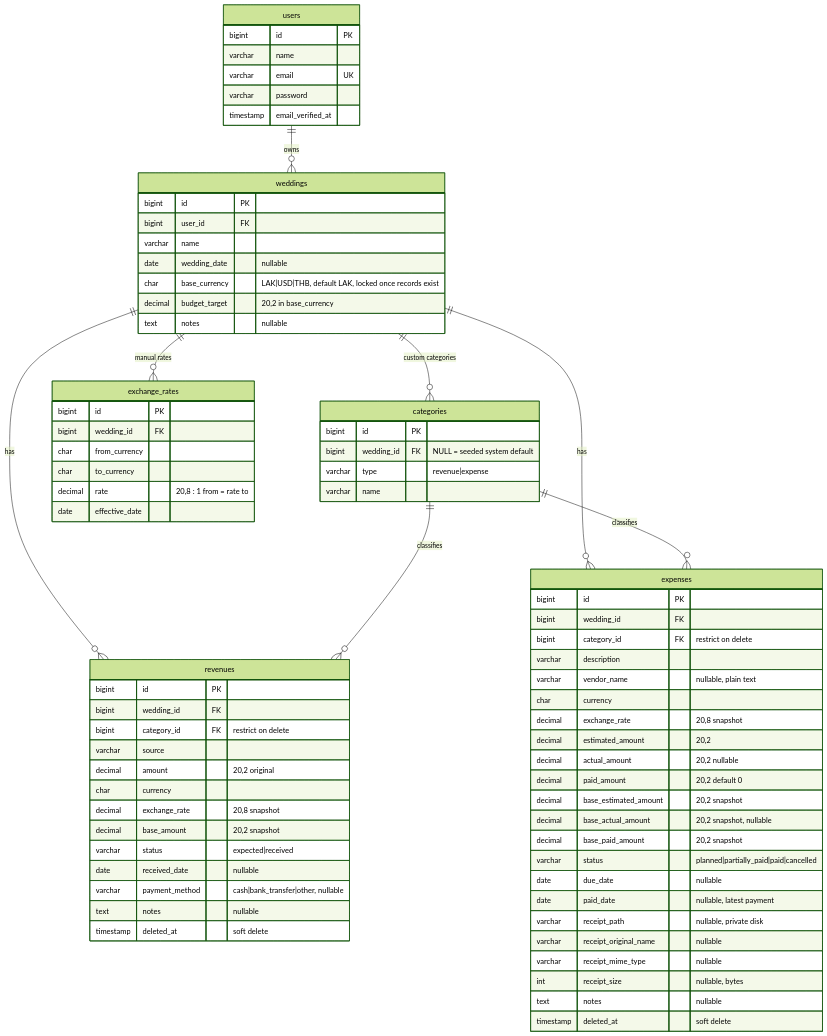
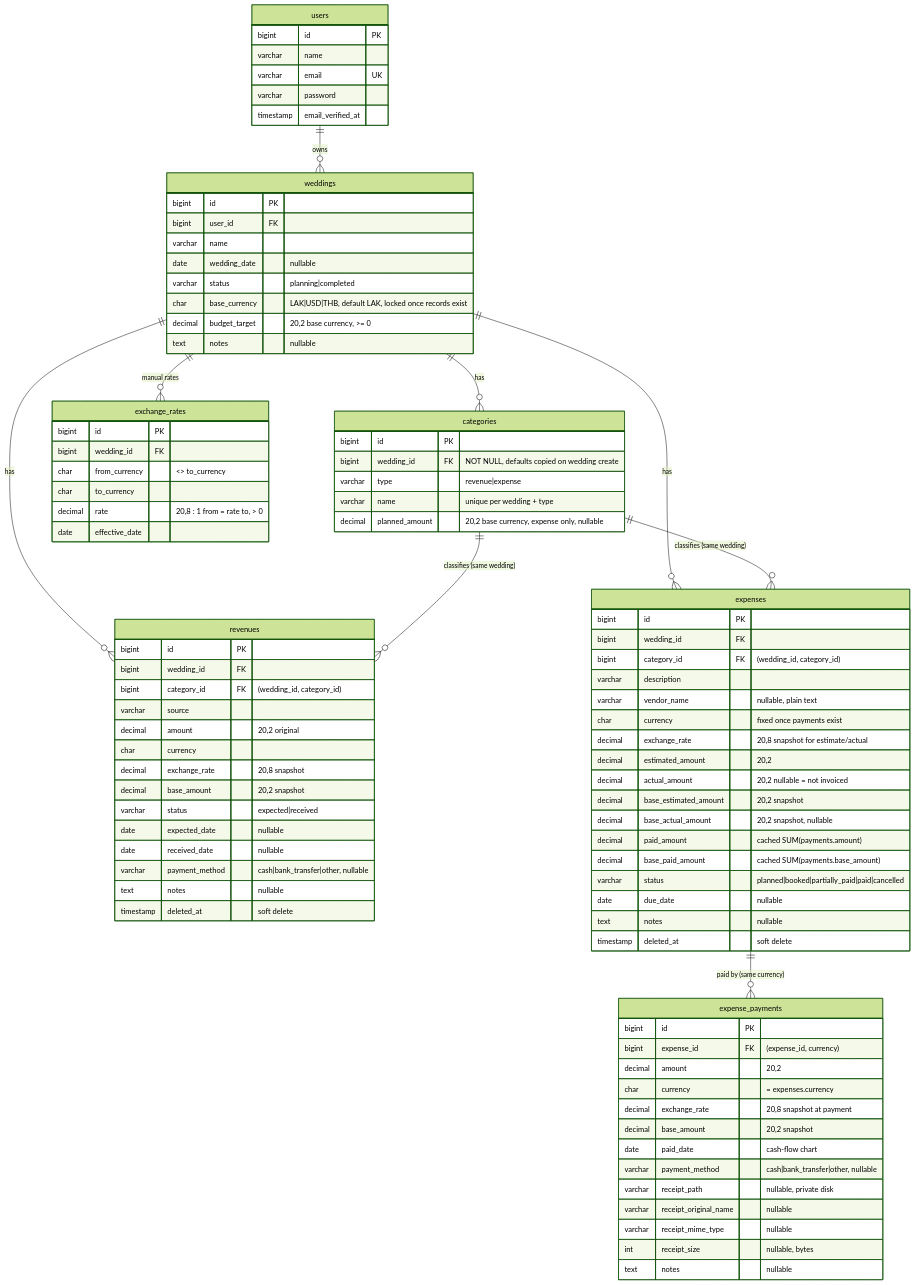
One commit to Gumzhbond17/wedding-budget changed the diagram in backend/database/ERD.md. Above: the diagram before and after it, drawn with Mermaid (forest theme). The commit also changed other lines of this file and 13 other files, not shown here.

First line of the commit message:
feat: add expense payments and safe category and wedding deletes

````diff
--- a/backend/database/ERD.md
+++ b/backend/database/ERD.md
@@ -6,12 +6,13 @@
 ```mermaid
 erDiagram
     users ||--o{ weddings : owns
-    weddings ||--o{ categories : "custom categories"
+    weddings ||--o{ categories : has
     weddings ||--o{ exchange_rates : "manual rates"
     weddings ||--o{ revenues : has
     weddings ||--o{ expenses : has
-    categories ||--o{ revenues : classifies
-    categories ||--o{ expenses : classifies
+    categories ||--o{ revenues : "classifies (same wedding)"
+    categories ||--o{ expenses : "classifies (same wedding)"
+    expenses ||--o{ expense_payments : "paid by (same currency)"
 
     users {
         bigint id PK
@@ -26,37 +27,40 @@
         bigint user_id FK
         varchar name
         date wedding_date "nullable"
+        varchar status "planning|completed"
         char base_currency "LAK|USD|THB, default LAK, locked once records exist"
-        decimal budget_target "20,2 in base_currency"
+        decimal budget_target "20,2 base currency, >= 0"
         text notes "nullable"
     }
 
     categories {
         bigint id PK
-        bigint wedding_id FK "NULL = seeded system default"
+        bigint wedding_id FK "NOT NULL, defaults copied on wedding create"
         varchar type "revenue|expense"
-        varchar name
+        varchar name "unique per wedding + type"
+        decimal planned_amount "20,2 base currency, expense only, nullable"
     }
 
     exchange_rates {
         bigint id PK
         bigint wedding_id FK
-        char from_currency
+        char from_currency "<> to_currency"
         char to_currency
-        decimal rate "20,8 : 1 from = rate to"
+        decimal rate "20,8 : 1 from = rate to, > 0"
         date effective_date
     }
 
     revenues {
         bigint id PK
         bigint wedding_id FK
-        bigint category_id FK "restrict on delete"
+        bigint category_id FK "(wedding_id, category_id)"
         varchar source
         decimal amount "20,2 original"
         char currency
         decimal exchange_rate "20,8 snapshot"
         decimal base_amount "20,2 snapshot"
         varchar status "expected|received"
+        date expected_date "nullable"
         date received_date "nullable"
         varchar payment_method "cash|bank_transfer|other, nullable"
         text notes "nullable"
@@ -66,25 +70,36 @@
     expenses {
         bigint id PK
         bigint wedding_id FK
-        bigint category_id FK "restrict on delete"
+        bigint category_id FK "(wedding_id, category_id)"
         varchar description
         varchar vendor_name "nullable, plain text"
-        char currency
-        decimal exchange_rate "20,8 snapshot"
+        char currency "fixed once payments exist"
+        decimal exchange_rate "20,8 snapshot for estimate/actual"
         decimal estimated_amount "20,2"
-        decimal actual_amount "20,2 nullable"
-        decimal paid_amount "20,2 default 0"
+        decimal actual_amount "20,2 nullable = not invoiced"
         decimal base_estimated_amount "20,2 snapshot"
         decimal base_actual_amount "20,2 snapshot, nullable"
-        decimal base_paid_amount "20,2 snapshot"
-        varchar status "planned|partially_paid|paid|cancelled"
+        decimal paid_amount "cached SUM(payments.amount)"
+        decimal base_paid_amount "cached SUM(payments.base_amount)"
+        varchar status "planned|booked|partially_paid|paid|cancelled"
         date due_date "nullable"
-        date paid_date "nullable, latest payment"
+        text notes "nullable"
+        timestamp deleted_at "soft delete"
+    }
+
+    expense_payments {
+        bigint id PK
+        bigint expense_id FK "(expense_id, currency)"
+        decimal amount "20,2"
+        char currency "= expenses.currency"
+        decimal exchange_rate "20,8 snapshot at payment"
+        decimal base_amount "20,2 snapshot"
+        date paid_date "cash-flow chart"
+        varchar payment_method "cash|bank_transfer|other, nullable"
         varchar receipt_path "nullable, private disk"
         varchar receipt_original_name "nullable"
         varchar receipt_mime_type "nullable"
         int receipt_size "nullable, bytes"
         text notes "nullable"
-        timestamp deleted_at "soft delete"
     }
 ```
````
